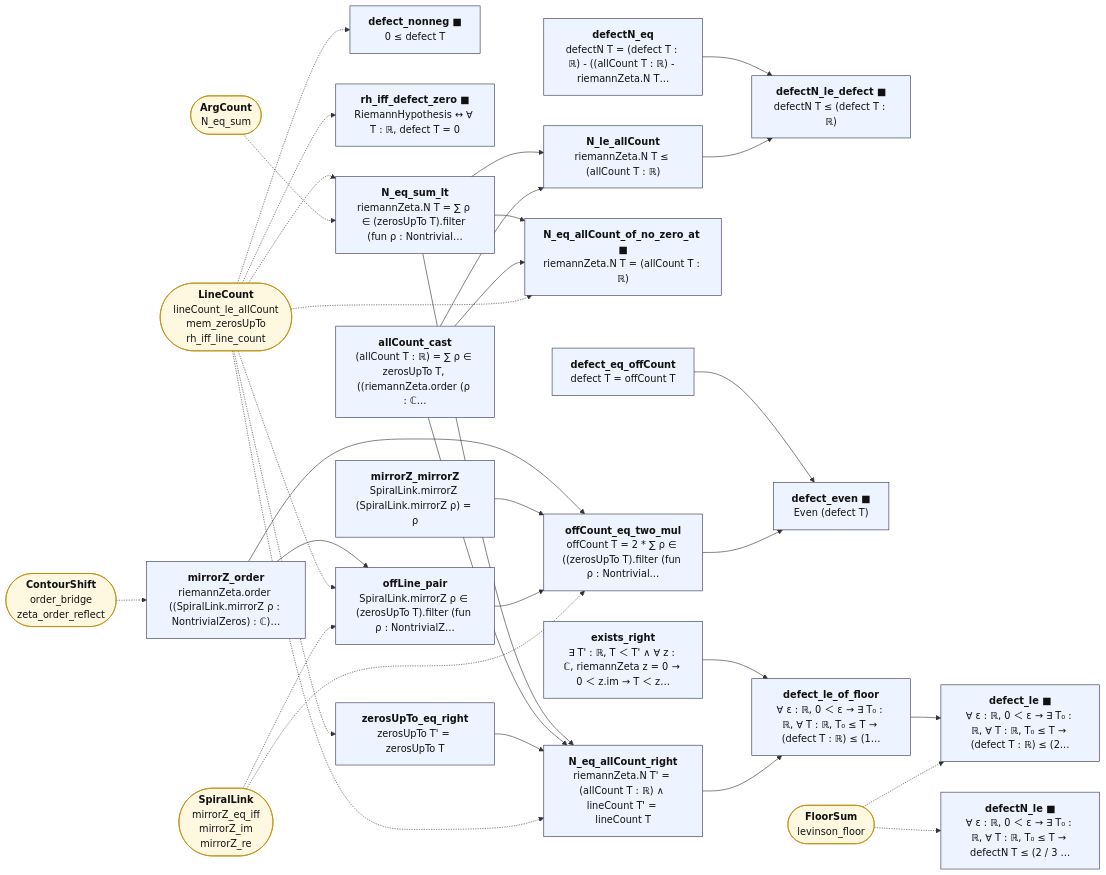
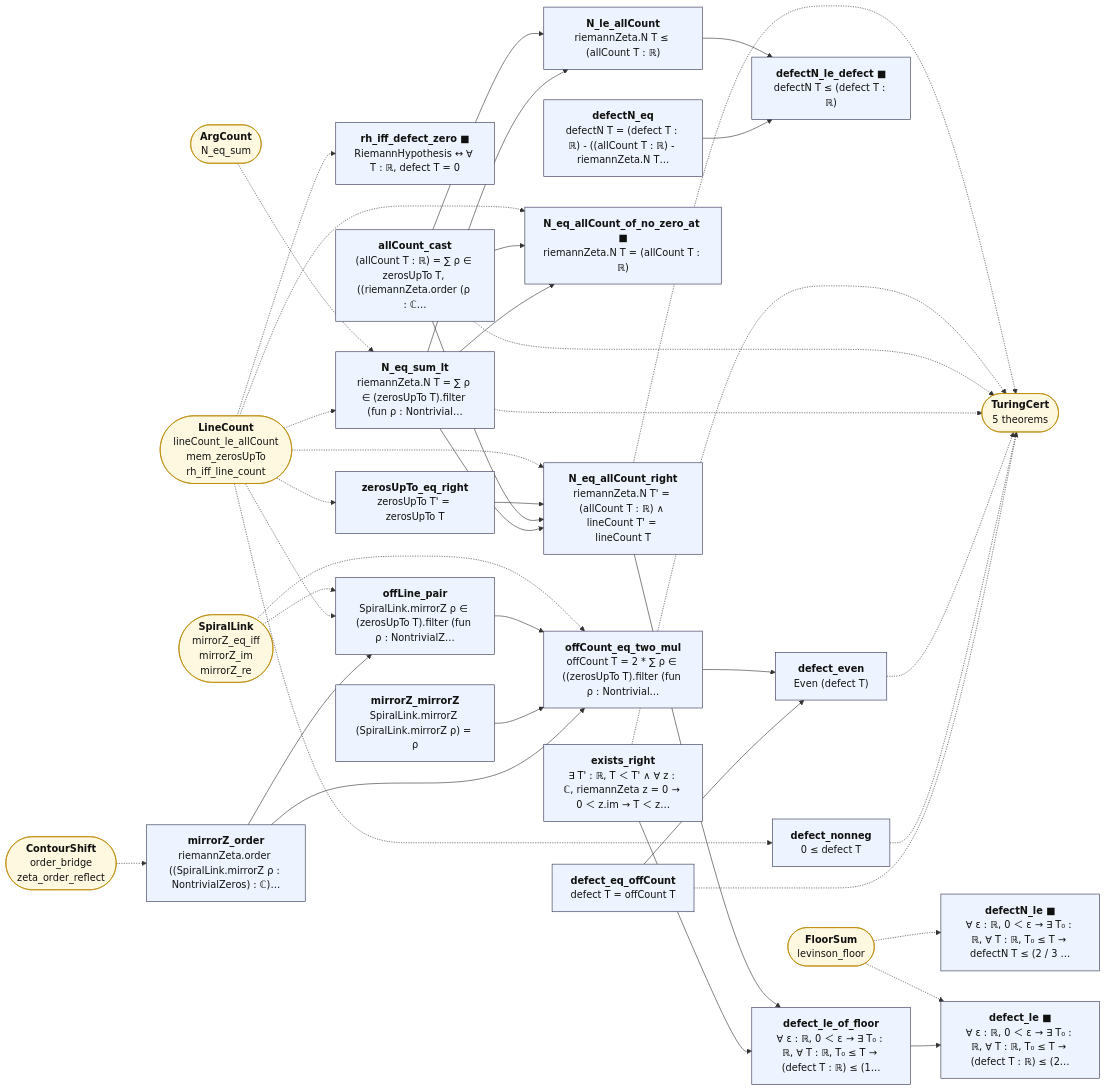
Before and after one commit to juliansambranojr/Primebeat_081426: the diagram in map/lean_stage3/Defect.md, drawn with Mermaid. The commit also changed other lines of this file and 32 other files, not shown here.

````diff
--- a/map/lean_stage3/Defect.md
+++ b/map/lean_stage3/Defect.md
@@ -14,67 +14,75 @@
 ```mermaid
 flowchart LR
   n0["<b>defect_eq_offCount</b><br/>defect T = offCount T"]:::thm
-  n1["<b>defect_nonneg ■</b><br/>0 ≤ defect T"]:::thm
+  n1["<b>defect_nonneg</b><br/>0 ≤ defect T"]:::thm
   n2["<b>rh_iff_defect_zero ■</b><br/>RiemannHypothesis ↔ ∀ T : ℝ, defect T = 0"]:::thm
   n3["<b>N_eq_sum_lt</b><br/>riemannZeta.N T = ∑ ρ ∈ (zerosUpTo T).filter (fun ρ : Nontrivial…"]:::thm
   n4["<b>allCount_cast</b><br/>(allCount T : ℝ) = ∑ ρ ∈ zerosUpTo T, ((riemannZeta.order (ρ : ℂ…"]:::thm
   n5["<b>N_le_allCount</b><br/>riemannZeta.N T ≤ (allCount T : ℝ)"]:::thm
   n6["<b>N_eq_allCount_of_no_zero_at ■</b><br/>riemannZeta.N T = (allCount T : ℝ)"]:::thm
   n7["<b>exists_right</b><br/>∃ T' : ℝ, T ＜ T' ∧ ∀ z : ℂ, riemannZeta z = 0 → 0 ＜ z.im → T ＜ z…"]:::thm
   n8["<b>zerosUpTo_eq_right</b><br/>zerosUpTo T' = zerosUpTo T"]:::thm
   n9["<b>N_eq_allCount_right</b><br/>riemannZeta.N T' = (allCount T : ℝ) ∧ lineCount T' = lineCount T"]:::thm
   n10["<b>defectN_eq</b><br/>defectN T = (defect T : ℝ) - ((allCount T : ℝ) - riemannZeta.N T…"]:::thm
   n11["<b>defectN_le_defect ■</b><br/>defectN T ≤ (defect T : ℝ)"]:::thm
   n12["<b>mirrorZ_order</b><br/>riemannZeta.order ((SpiralLink.mirrorZ ρ : NontrivialZeros) : ℂ)…"]:::thm
   n13["<b>mirrorZ_mirrorZ</b><br/>SpiralLink.mirrorZ (SpiralLink.mirrorZ ρ) = ρ"]:::thm
   n14["<b>offLine_pair</b><br/>SpiralLink.mirrorZ ρ ∈ (zerosUpTo T).filter (fun ρ : NontrivialZ…"]:::thm
   n15["<b>offCount_eq_two_mul</b><br/>offCount T = 2 * ∑ ρ ∈ ((zerosUpTo T).filter (fun ρ : Nontrivial…"]:::thm
-  n16["<b>defect_even ■</b><br/>Even (defect T)"]:::thm
+  n16["<b>defect_even</b><br/>Even (defect T)"]:::thm
   n17["<b>defect_le_of_floor</b><br/>∀ ε : ℝ, 0 ＜ ε → ∃ T₀ : ℝ, ∀ T : ℝ, T₀ ≤ T → (defect T : ℝ) ≤ (1…"]:::thm
   n18["<b>defect_le ■</b><br/>∀ ε : ℝ, 0 ＜ ε → ∃ T₀ : ℝ, ∀ T : ℝ, T₀ ≤ T → (defect T : ℝ) ≤ (2…"]:::thm
   n19["<b>defectN_le ■</b><br/>∀ ε : ℝ, 0 ＜ ε → ∃ T₀ : ℝ, ∀ T : ℝ, T₀ ≤ T → defectN T ≤ (2 / 3 …"]:::thm
-  x0(["<b>LineCount</b><br/>lineCount_le_allCount<br/>mem_zerosUpTo<br/>rh_iff_line_count"]):::ext
-  x1(["<b>ArgCount</b><br/>N_eq_sum"]):::ext
-  x2(["<b>ContourShift</b><br/>order_bridge<br/>zeta_order_reflect"]):::ext
-  x3(["<b>SpiralLink</b><br/>mirrorZ_eq_iff<br/>mirrorZ_im<br/>mirrorZ_re"]):::ext
-  x4(["<b>FloorSum</b><br/>levinson_floor"]):::ext
+  x0(["<b>TuringCert</b><br/>5 theorems"]):::ext
+  x1(["<b>LineCount</b><br/>lineCount_le_allCount<br/>mem_zerosUpTo<br/>rh_iff_line_count"]):::ext
+  x2(["<b>ArgCount</b><br/>N_eq_sum"]):::ext
+  x3(["<b>ContourShift</b><br/>order_bridge<br/>zeta_order_reflect"]):::ext
+  x4(["<b>SpiralLink</b><br/>mirrorZ_eq_iff<br/>mirrorZ_im<br/>mirrorZ_re"]):::ext
+  x5(["<b>FloorSum</b><br/>levinson_floor"]):::ext
   n0 --> n16
   n10 --> n11
   n12 --> n14
   n12 --> n15
   n13 --> n15
   n14 --> n15
   n15 --> n16
   n17 --> n18
   n3 --> n5
   n3 --> n6
   n3 --> n9
   n4 --> n5
   n4 --> n6
   n4 --> n9
   n5 --> n11
   n7 --> n17
   n8 --> n9
   n9 --> n17
-  x0 -.-> n1
-  x0 -.-> n14
-  x0 -.-> n2
-  x0 -.-> n3
-  x0 -.-> n6
-  x0 -.-> n8
-  x0 -.-> n9
+  n0 -.-> x0
+  n1 -.-> x0
+  n16 -.-> x0
+  n3 -.-> x0
+  n4 -.-> x0
+  n7 -.-> x0
+  n9 -.-> x0
+  x1 -.-> n1
+  x1 -.-> n14
+  x1 -.-> n2
   x1 -.-> n3
-  x2 -.-> n12
-  x3 -.-> n14
-  x3 -.-> n15
-  x4 -.-> n18
-  x4 -.-> n19
+  x1 -.-> n6
+  x1 -.-> n8
+  x1 -.-> n9
+  x2 -.-> n3
+  x3 -.-> n12
+  x4 -.-> n14
+  x4 -.-> n15
+  x5 -.-> n18
+  x5 -.-> n19
   classDef cnt fill:#dff5ec,stroke:#17694a,color:#111
   classDef shp fill:#f1ecfb,stroke:#5b3fa0,color:#111
   classDef rh fill:#ffe5e5,stroke:#c22,color:#111,stroke-width:2px
   classDef thm fill:#eef4ff,stroke:#335,color:#111
   classDef end_ fill:#e7f7e7,stroke:#2a7,color:#111,stroke-width:2px
   classDef lone fill:#fff,stroke:#999,color:#111,stroke-dasharray:4 3
   classDef bad fill:#ffe5e5,stroke:#c22,color:#111,stroke-width:2px
   classDef ext fill:#fff8e1,stroke:#b80,color:#111
 ```
````
